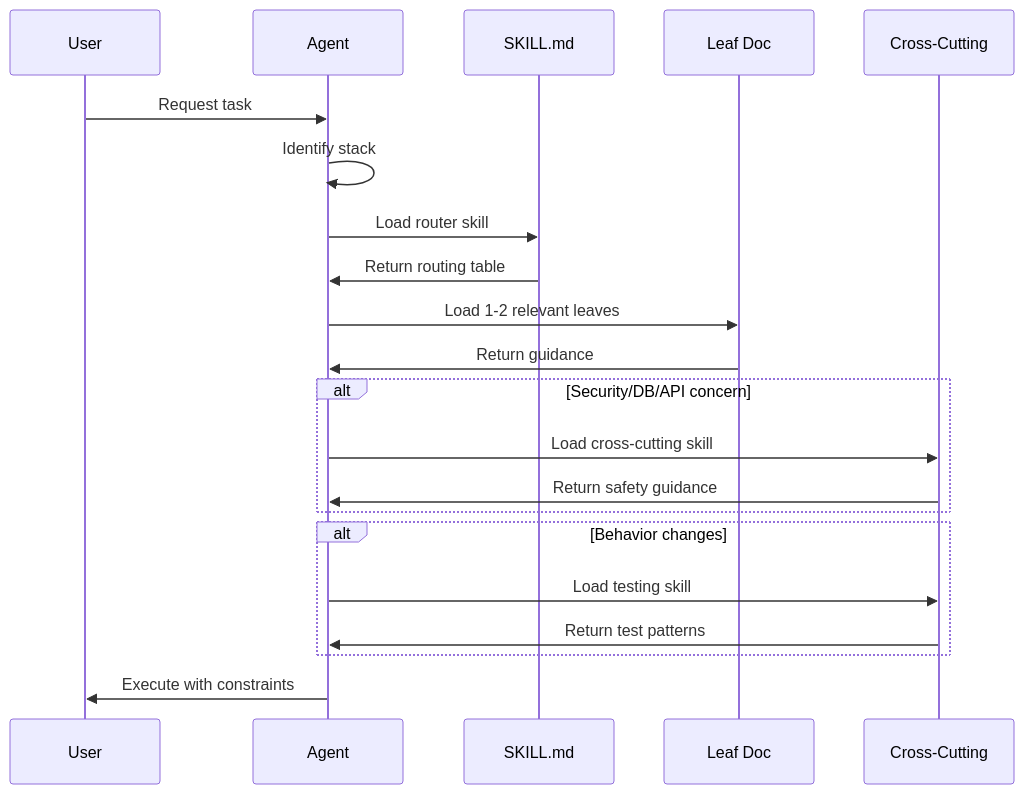
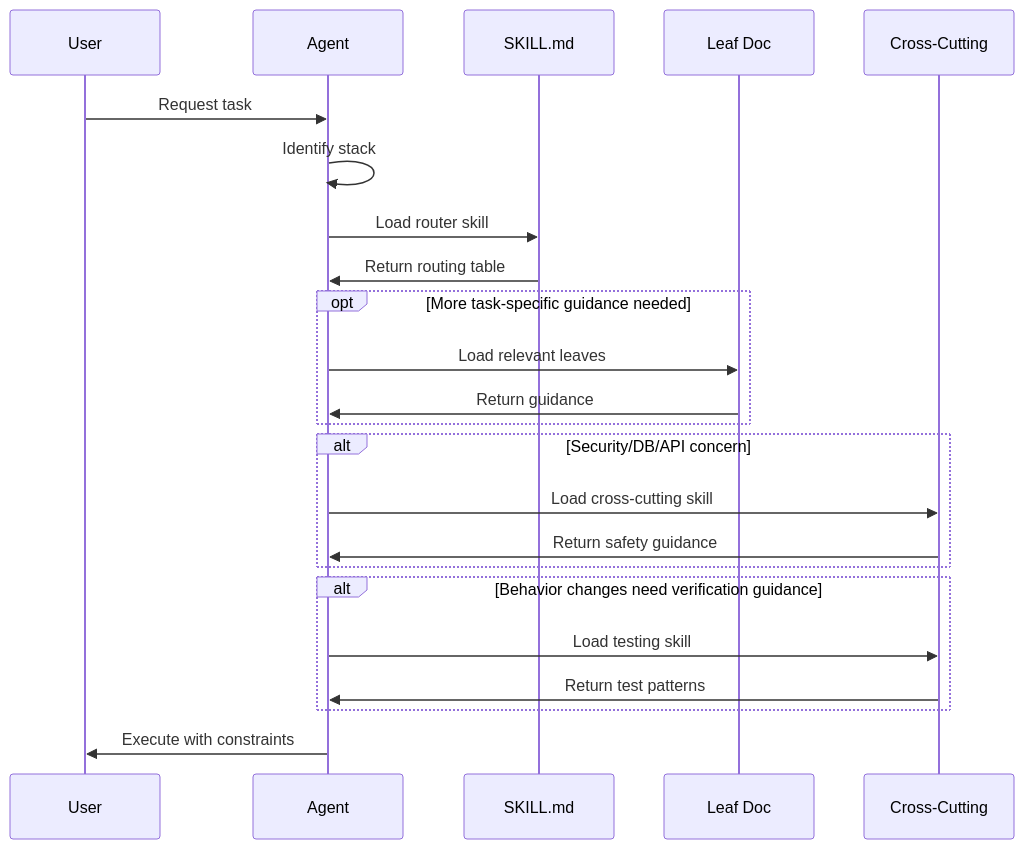
One commit to madsoftwaredev/opencode-config changed the second of 3 diagrams in README.md. Above: the diagram before and after it, drawn with Mermaid. The commit also changed other lines of this file, not shown here.

````diff
--- a/README.md
+++ b/README.md
@@ -379,27 +464,29 @@
 ```mermaid
 sequenceDiagram
     participant User
     participant Agent
     participant Router as SKILL.md
     participant Leaf as Leaf Doc
     participant Cross as Cross-Cutting
 
     User->>Agent: Request task
     Agent->>Agent: Identify stack
     Agent->>Router: Load router skill
     Router->>Agent: Return routing table
-    Agent->>Leaf: Load 1-2 relevant leaves
-    Leaf->>Agent: Return guidance
+    opt More task-specific guidance needed
+        Agent->>Leaf: Load relevant leaves
+        Leaf->>Agent: Return guidance
+    end
 
     alt Security/DB/API concern
         Agent->>Cross: Load cross-cutting skill
         Cross->>Agent: Return safety guidance
     end
 
-    alt Behavior changes
+    alt Behavior changes need verification guidance
         Agent->>Cross: Load testing skill
         Cross->>Agent: Return test patterns
     end
 
     Agent->>User: Execute with constraints
 ```
````
